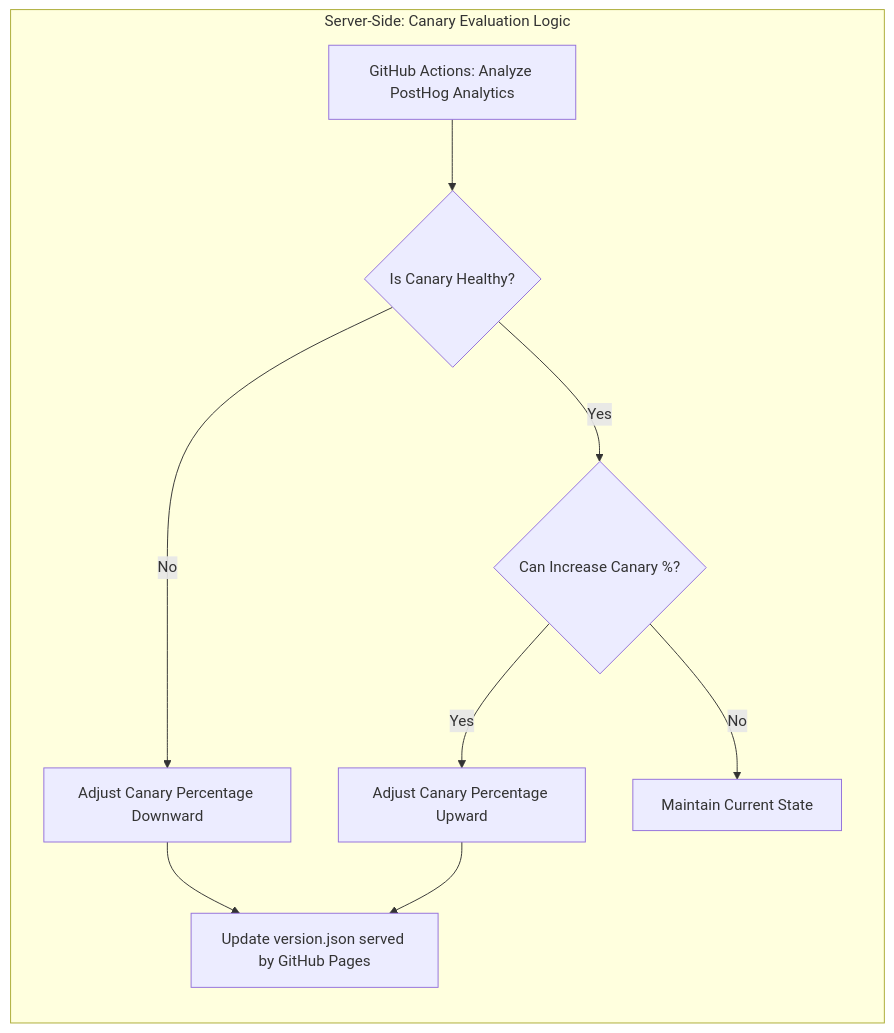
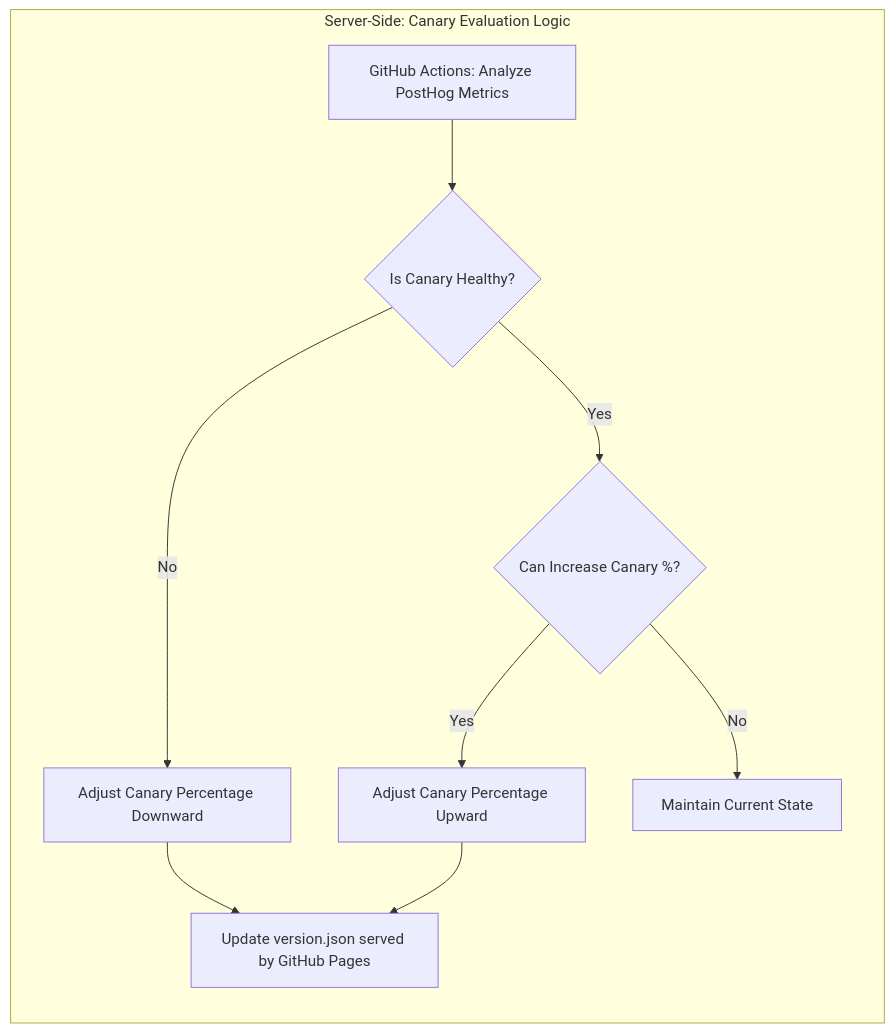
The second of 4 diagrams in README.md (lloydchang/client-side-canary-deployment), drawn with Mermaid before and after one commit.

````diff
--- a/README.md
+++ b/README.md
@@ -34,13 +34,13 @@
 ```mermaid
 graph LR
     subgraph Server-Side: Canary Evaluation Logic
-        L[GitHub Actions: Analyze PostHog Analytics]
+        L[GitHub Actions: Analyze PostHog Metrics]
         L --> M{Is Canary Healthy?}
         M -->|No| N[Adjust Canary Percentage Downward]
         M -->|Yes| O{Can Increase Canary %?}
         O -->|Yes| P[Adjust Canary Percentage Upward]
         O -->|No| Q[Maintain Current State]
         N --> R[Update version.json served by GitHub Pages]
         P --> R
     end
 ```
````
